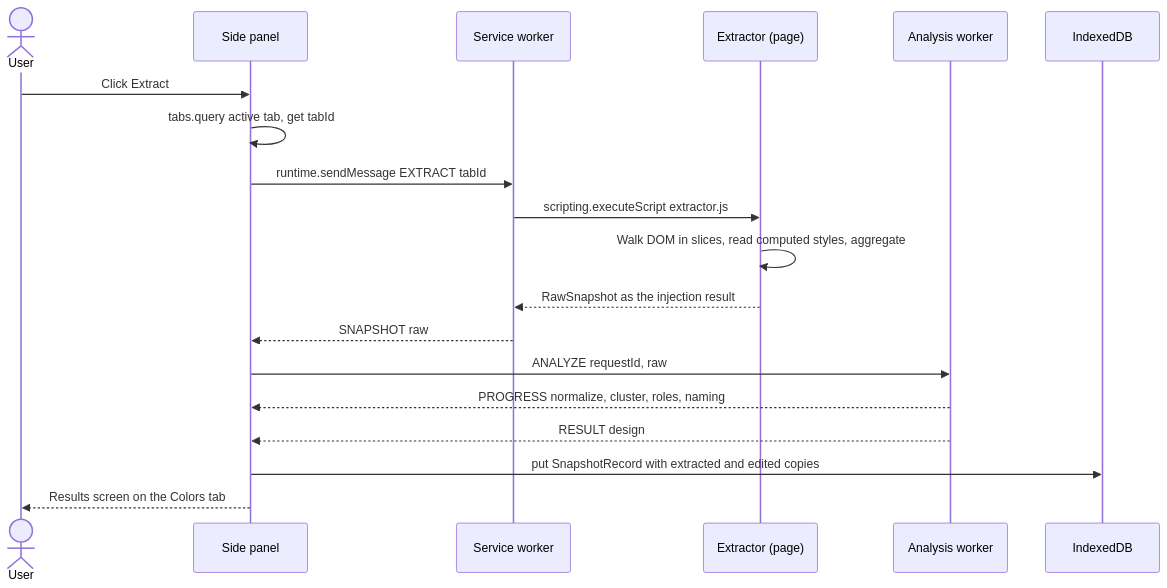
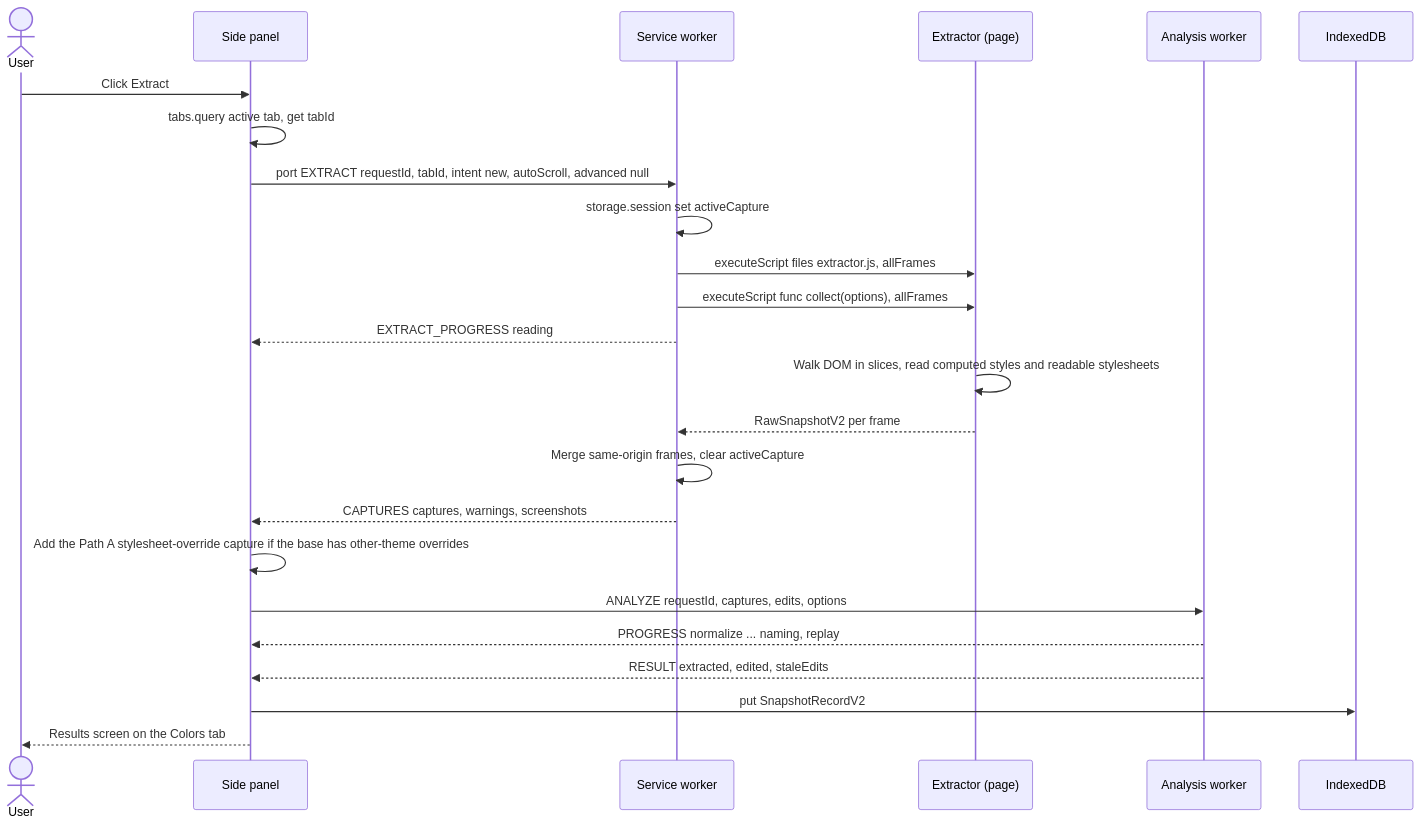
One commit to ankitmaurya-16/webstyle-extractor-for-ai-agents changed the first of 13 diagrams in docs/sequences.md. Above: the diagram before and after it, drawn with Mermaid. The commit also changed other lines of this file and 14 other files, not shown here.

````diff
--- a/docs/sequences.md
+++ b/docs/sequences.md
@@ -9,21 +9,26 @@
 ```mermaid
 sequenceDiagram
   actor U as User
   participant P as Side panel
   participant SW as Service worker
   participant E as Extractor (page)
   participant W as Analysis worker
   participant DB as IndexedDB
   U->>P: Click Extract
   P->>P: tabs.query active tab, get tabId
-  P->>SW: runtime.sendMessage EXTRACT tabId
-  SW->>E: scripting.executeScript extractor.js
-  E->>E: Walk DOM in slices, read computed styles, aggregate
-  E-->>SW: RawSnapshot as the injection result
-  SW-->>P: SNAPSHOT raw
-  P->>W: ANALYZE requestId, raw
-  W-->>P: PROGRESS normalize, cluster, roles, naming
-  W-->>P: RESULT design
-  P->>DB: put SnapshotRecord with extracted and edited copies
+  P->>SW: port EXTRACT requestId, tabId, intent new, autoScroll, advanced null
+  SW->>SW: storage.session set activeCapture
+  SW->>E: executeScript files extractor.js, allFrames
+  SW->>E: executeScript func collect(options), allFrames
+  SW-->>P: EXTRACT_PROGRESS reading
+  E->>E: Walk DOM in slices, read computed styles and readable stylesheets
+  E-->>SW: RawSnapshotV2 per frame
+  SW->>SW: Merge same-origin frames, clear activeCapture
+  SW-->>P: CAPTURES captures, warnings, screenshots
+  P->>P: Add the Path A stylesheet-override capture if the base has other-theme overrides
+  P->>W: ANALYZE requestId, captures, edits, options
+  W-->>P: PROGRESS normalize ... naming, replay
+  W-->>P: RESULT extracted, edited, staleEdits
+  P->>DB: put SnapshotRecordV2
   P-->>U: Results screen on the Colors tab
 ```
````
